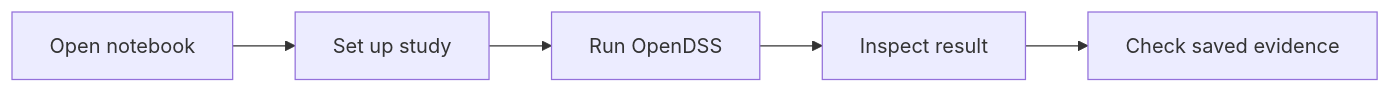
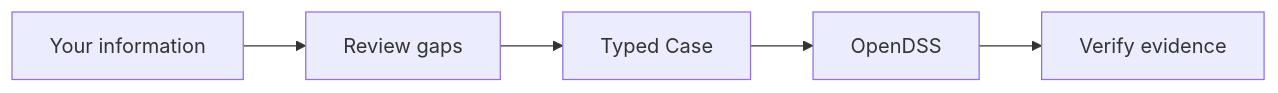
One commit to sarutesri/cept-studio-edu changed the diagram in docs/site/colab.md. Above: the diagram before and after it, drawn with Mermaid. The commit also changed other lines of this file and 19 other files, not shown here.

````diff
--- a/docs/site/colab.md
+++ b/docs/site/colab.md
@@ -28,7 +27,7 @@
 ```mermaid
 flowchart LR
-    A[Open notebook] --> B[Set up study]
-    B --> C[Run OpenDSS]
-    C --> D[Inspect result]
-    D --> E[Check saved evidence]
+    A[Your information] --> B[Review gaps]
+    B --> C[Typed Case]
+    C --> D[OpenDSS]
+    D --> E[Verify evidence]
 ```
````
